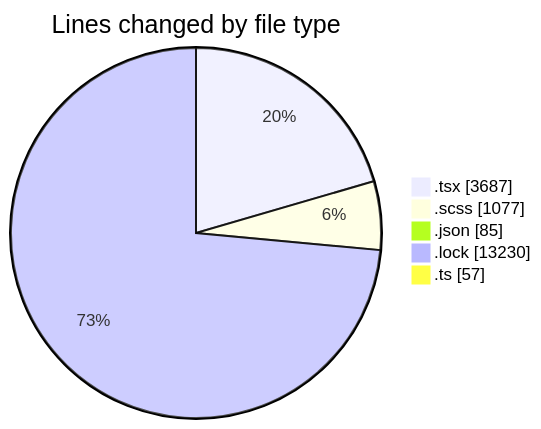
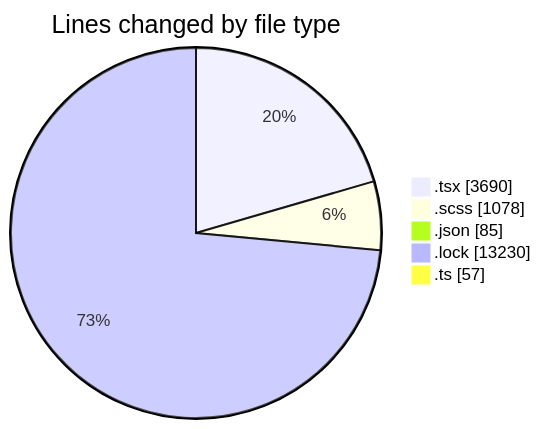
The first of 2 diagrams in 2025-10-03/cda/README.md (momahboobian/code-tracking), drawn with Mermaid before and after one commit. The commit also changed other lines of this file and 1 other file, not shown here.

````diff
--- a/2025-10-03/cda/README.md
+++ b/2025-10-03/cda/README.md
@@ -30,9 +30,9 @@
 ```mermaid
 pie showData
 title Lines changed by file type
-".tsx" : 3687
-".scss" : 1077
+".tsx" : 3690
+".scss" : 1078
 ".json" : 85
 ".lock" : 13230
 ".ts" : 57
 ```
````
